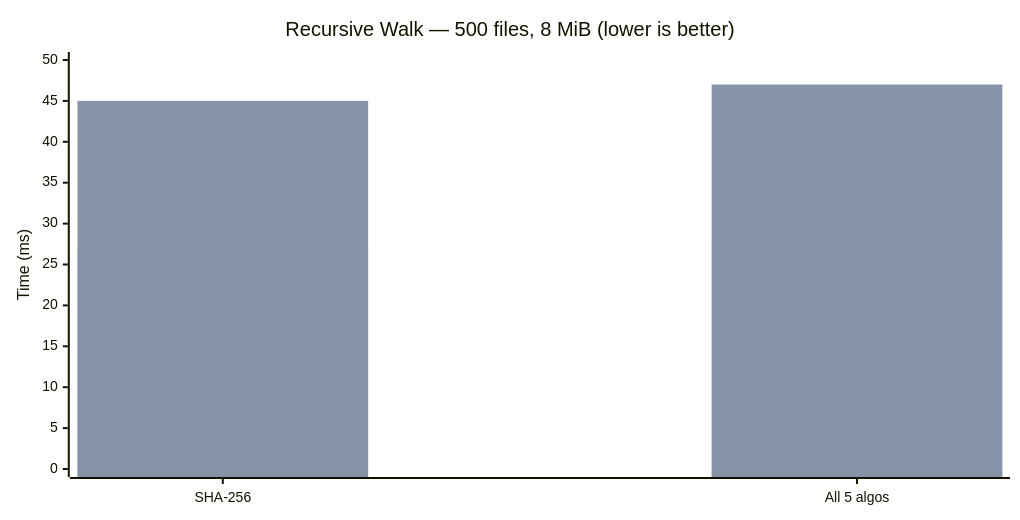
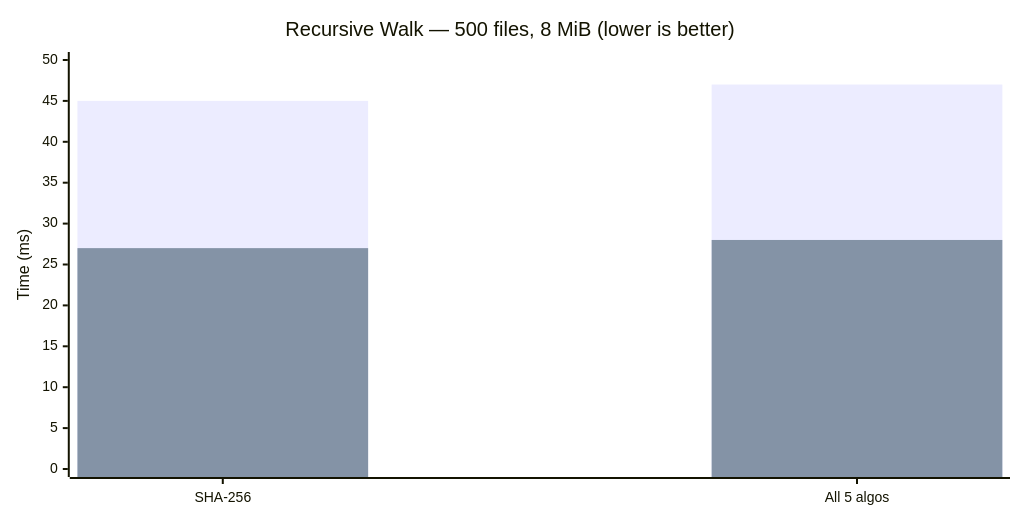
Before and after one commit to SecurityRonin/blazehash: the third of 5 diagrams in docs/benchmarks.md, drawn with Mermaid. The commit also changed other lines of this file, not shown here.

First line of the commit message:
docs: consistent chart ordering — hashdeep behind, blazehash in front

````diff
--- a/docs/benchmarks.md
+++ b/docs/benchmarks.md
@@ -103,13 +103,13 @@
 ```mermaid
 ---
 config:
     xyChart:
         width: 1000
 ---
 xychart-beta
     title "Recursive Walk — 500 files, 8 MiB (lower is better)"
     x-axis ["SHA-256", "All 5 algos"]
     y-axis "Time (ms)" 0 --> 50
+    bar "hashdeep" [45, 47]
     bar "blazehash" [27, 28]
-    bar "hashdeep" [45, 47]
 ```
````
